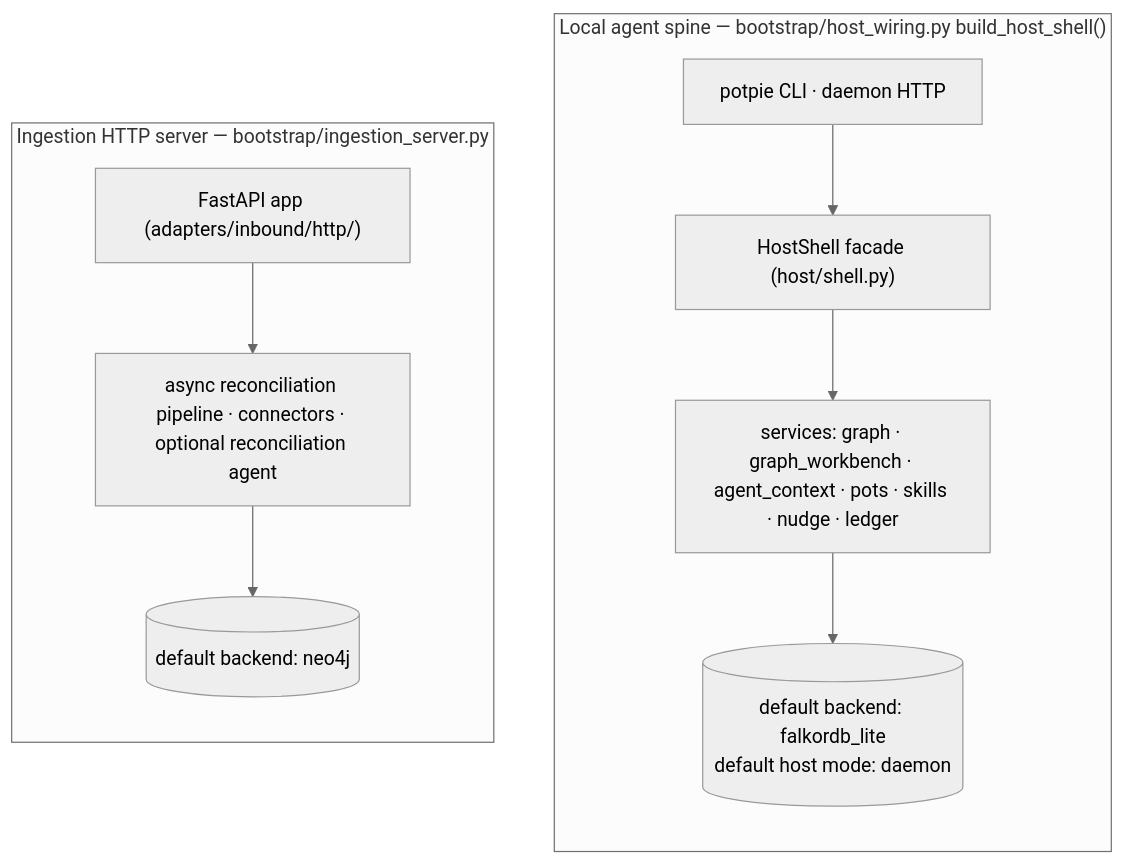
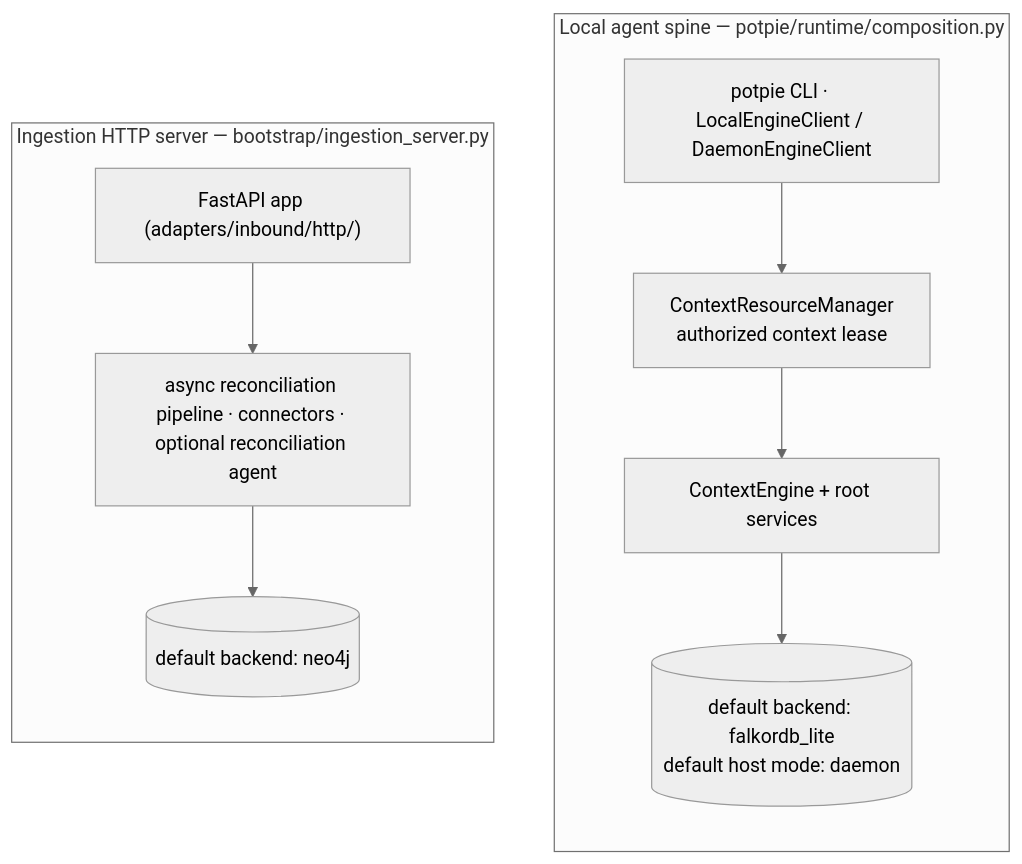
The second of 5 diagrams in docs/context-graph/architecture.md (potpie-ai/potpie), drawn with Mermaid (neutral theme) before and after one commit. The commit also changed other lines of this file and 108 other files, not shown here.

Commit message:
refactor(runtime): remove host and core compatibility

````diff
--- a/docs/context-graph/architecture.md
+++ b/docs/context-graph/architecture.md
@@ -60,19 +61,19 @@
 ```mermaid
 flowchart TB
-  subgraph cg_spine["Local agent spine — bootstrap/host_wiring.py build_host_shell()"]
+  subgraph cg_spine["Local agent spine — potpie/runtime/composition.py"]
     direction TB
-    cg_cli["potpie CLI · daemon HTTP"]
-    cg_shell["HostShell facade (host/shell.py)"]
-    cg_services["services: graph · graph_workbench · agent_context · pots · skills · nudge · ledger"]
+    cg_cli["potpie CLI · LocalEngineClient / DaemonEngineClient"]
+    cg_shell["ContextResourceManager<br/>authorized context lease"]
+    cg_services["ContextEngine + root services"]
     cg_lite[("default backend: falkordb_lite<br/>default host mode: daemon")]
     cg_cli --> cg_shell --> cg_services --> cg_lite
   end
 
   subgraph cg_ingest["Ingestion HTTP server — bootstrap/ingestion_server.py"]
     direction TB
     cg_fastapi["FastAPI app (adapters/inbound/http/)"]
     cg_pipeline["async reconciliation pipeline · connectors · optional reconciliation agent"]
     cg_neo[("default backend: neo4j")]
     cg_fastapi --> cg_pipeline --> cg_neo
   end
 ```
````
